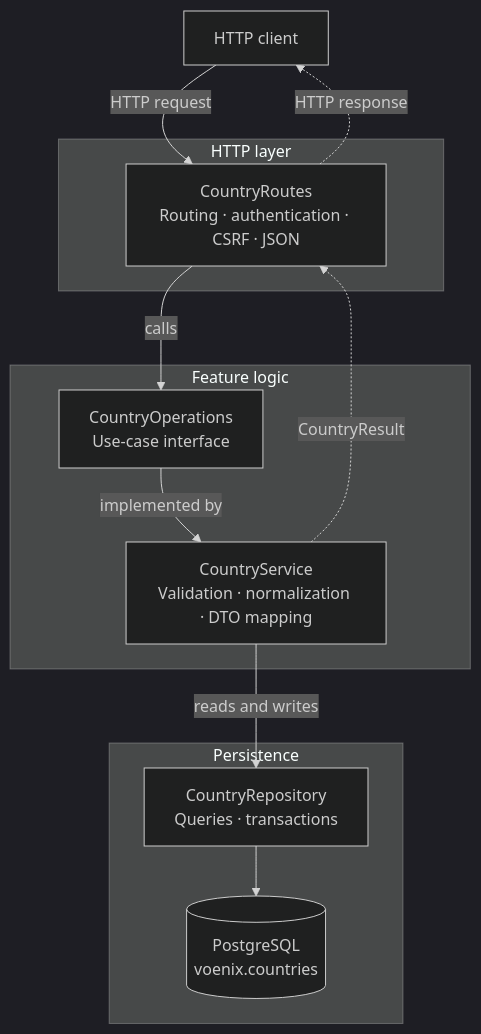
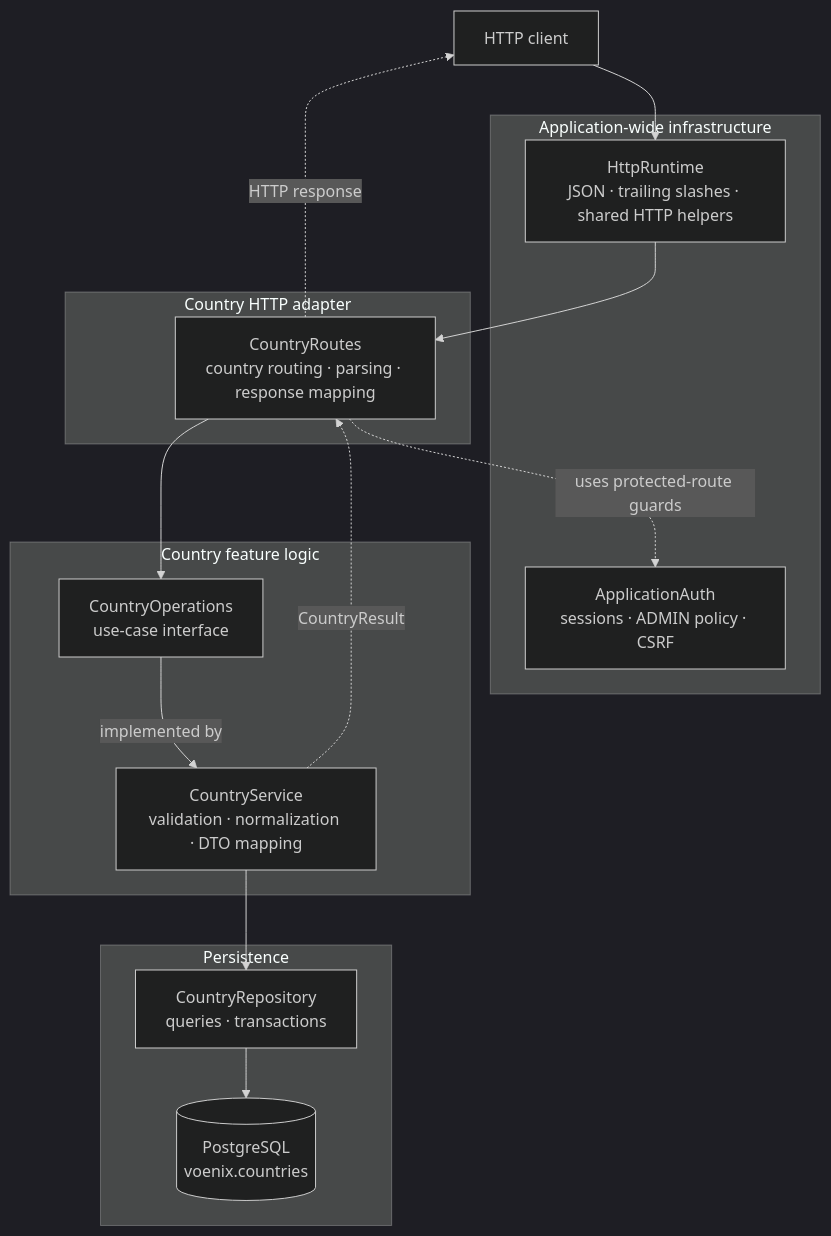
One commit to bitstorm-tech/voenix-shop-kotlin changed the diagram in docs/dev/backend/country-package.md. Above: the diagram before and after it, drawn with Mermaid (dark theme). The commit also changed other lines of this file and 23 other files, not shown here.

Commit message:
Refactor shop flows and streamline Kotlin app structure

````diff
--- a/docs/dev/backend/country-package.md
+++ b/docs/dev/backend/country-package.md
@@ -25,27 +34,34 @@
 ```mermaid
 flowchart TB
     Client["HTTP client"]
 
-    subgraph HttpLayer["HTTP layer"]
-        Routes["CountryRoutes<br/>Routing · authentication · CSRF · JSON"]
+    subgraph Shared["Application-wide infrastructure"]
+        Http["HttpRuntime<br/>JSON · trailing slashes · shared HTTP helpers"]
+        Auth["ApplicationAuth<br/>sessions · ADMIN policy · CSRF"]
     end
 
-    subgraph FeatureLayer["Feature logic"]
-        Operations["CountryOperations<br/>Use-case interface"]
-        Service["CountryService<br/>Validation · normalization · DTO mapping"]
+    subgraph CountryHttp["Country HTTP adapter"]
+        Routes["CountryRoutes<br/>country routing · parsing · response mapping"]
     end
 
-    subgraph PersistenceLayer["Persistence"]
-        Repository["CountryRepository<br/>Queries · transactions"]
+    subgraph Feature["Country feature logic"]
+        Operations["CountryOperations<br/>use-case interface"]
+        Service["CountryService<br/>validation · normalization · DTO mapping"]
+    end
+
+    subgraph Persistence["Persistence"]
+        Repository["CountryRepository<br/>queries · transactions"]
         Database[("PostgreSQL<br/>voenix.countries")]
     end
 
-    Client -->|"HTTP request"| Routes
-    Routes -->|"calls"| Operations
+    Client --> Http
+    Http --> Routes
+    Routes -.->|"uses protected-route guards"| Auth
+    Routes --> Operations
     Operations -->|"implemented by"| Service
-    Service -->|"reads and writes"| Repository
+    Service --> Repository
     Repository --> Database
 
     Service -.->|"CountryResult"| Routes
     Routes -.->|"HTTP response"| Client
 ```
````
